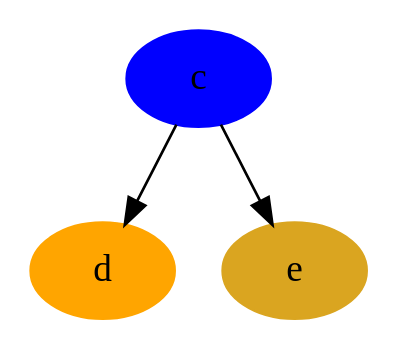
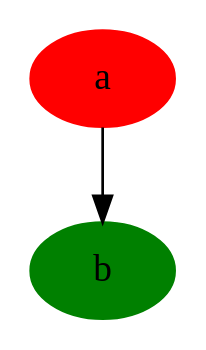
The diagram in data/path.set.01.out.004.gv (graphviz-perl/GraphViz2-Marpa-PathUtils), drawn with Graphviz before and after one commit. The commit also changed 8 other files, not shown here.

```diff
--- a/data/path.set.01.out.004.gv
+++ b/data/path.set.01.out.004.gv
@@ -1,26 +1,23 @@
 strict digraph path_set_01
 {
-	c[ color = "blue" style = "filled"]
-	d[ color = "orange" style = "filled"]
-	e[ color = "goldenrod" style = "filled"]
-	c ->
-	
+	a[ color = "red" style = "filled"]
+	b[ color = "green" style = "filled"]
+	a -> b
 	{
-		d
-		e
+
 	}
 
 	{
 
 	}
 
 	{
 
 	}
  ->
 	
 	{
 
 	}
 
 }
```
